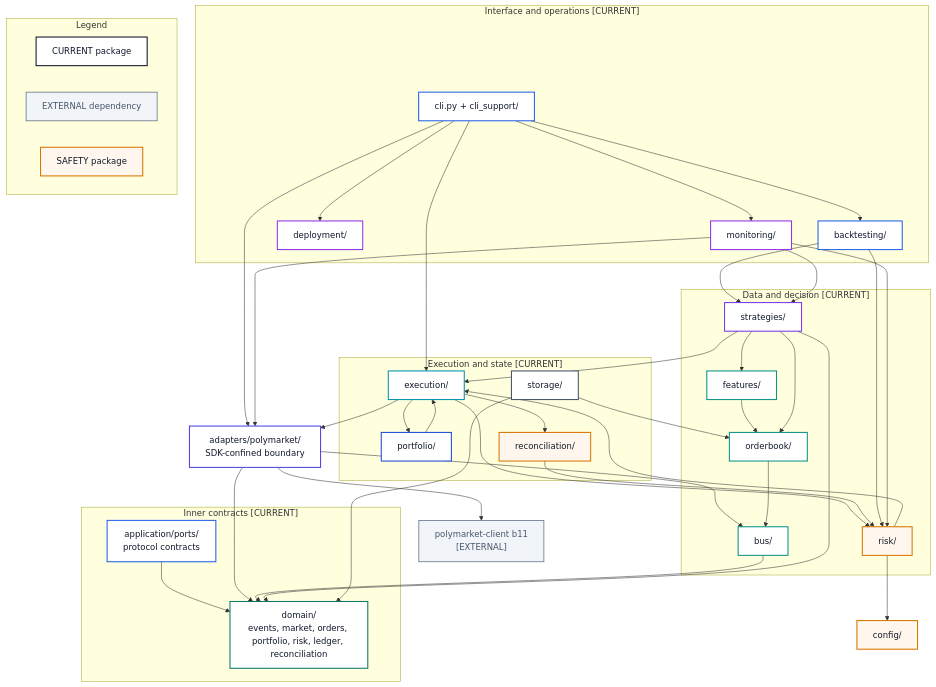
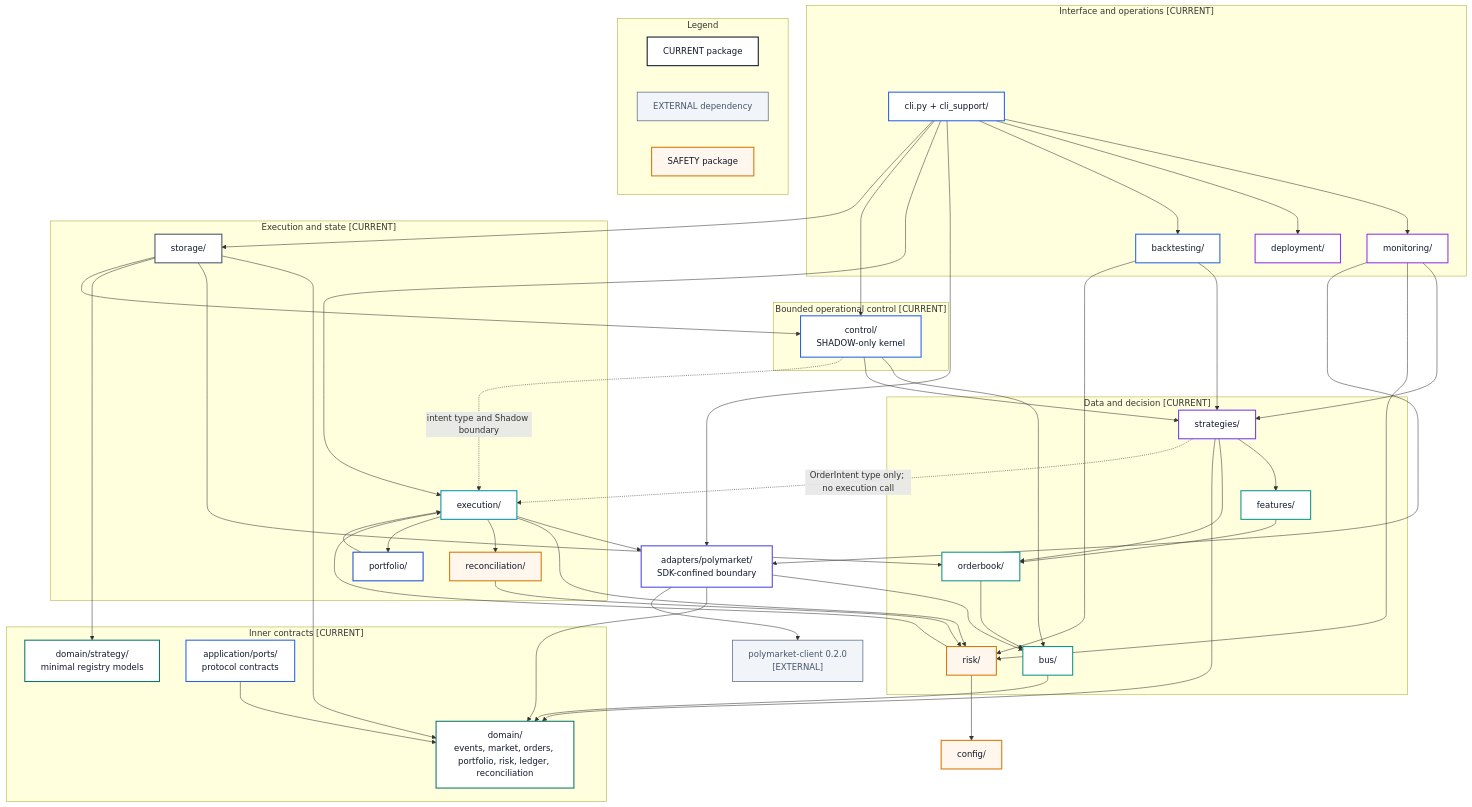
The diagram in docs/04-architecture/visual-system/views/05-current-component-map.md (PolySia-Systems/Platform), drawn with Mermaid before and after one commit. The commit also changed other lines of this file and 49 other files, not shown here.

Commit message:
docs(architecture): refresh repository truth baseline

```diff
--- a/docs/04-architecture/visual-system/views/05-current-component-map.md
+++ b/docs/04-architecture/visual-system/views/05-current-component-map.md
@@ -22,7 +22,12 @@
 
   subgraph CORE["Inner contracts [CURRENT]"]
     Domain["domain/\nevents, market, orders, portfolio, risk, ledger, reconciliation"]:::domain
+    Registry["domain/strategy/\nminimal registry models"]:::domain
     Ports["application/ports/\nprotocol contracts"]:::application
+  end
+
+  subgraph CONTROL["Bounded operational control [CURRENT]"]
+    ControlKernel["control/\nSHADOW-only kernel"]:::application
   end
 
   subgraph PIPELINE["Data and decision [CURRENT]"]
@@ -42,13 +47,15 @@
 
   Adapter["adapters/polymarket/\nSDK-confined boundary"]:::adapter
   Config["config/"]:::risk
-  SDK["polymarket-client b11\n[EXTERNAL]"]:::external
+  SDK["polymarket-client 0.2.0\n[EXTERNAL]"]:::external
 
   CLI --> Monitor
   CLI --> Deploy
   CLI --> Backtest
   CLI --> Adapter
   CLI --> Execution
+  CLI --> ControlKernel
+  CLI --> Storage
   Ports --> Domain
   Adapter --> Domain
   Adapter --> Bus
@@ -59,7 +66,7 @@
   Strategies --> Features
   Strategies --> Book
   Strategies --> Domain
-  Strategies --> Execution
+  Strategies -.->|OrderIntent type only; no execution call| Execution
   Risk --> Execution
   Risk --> Config
   Execution --> Adapter
@@ -69,6 +76,11 @@
   Portfolio --> Execution
   Storage --> Domain
   Storage --> Book
+  Storage --> Registry
+  Storage --> ControlKernel
+  ControlKernel --> Bus
+  ControlKernel --> Strategies
+  ControlKernel -.->|intent type and Shadow boundary| Execution
   Recon --> Risk
   Backtest --> Strategies
   Backtest --> Risk
```
